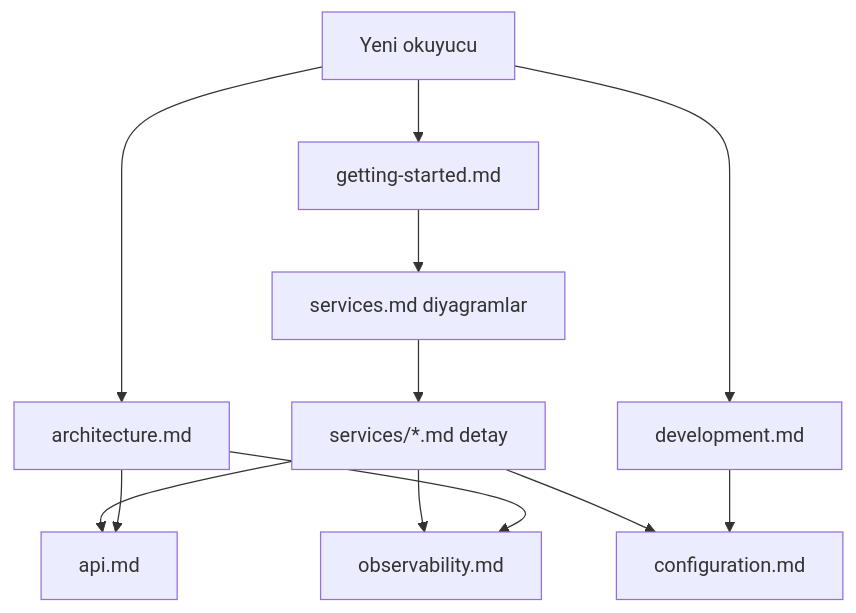
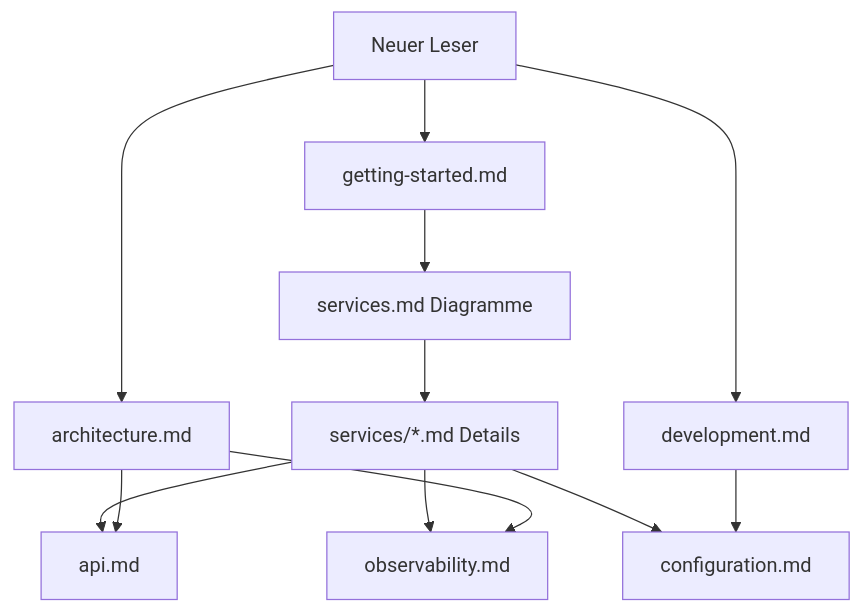
One commit to TaridaG/Toyota-32Bit-Finance-Platform changed the diagram in docs/deutsch/README.md. Above: the diagram before and after it, drawn with Mermaid. The commit also changed other lines of this file and 28 other files, not shown here.

````diff
--- a/docs/deutsch/README.md
+++ b/docs/deutsch/README.md
@@ -7,19 +7,19 @@
 ```mermaid
 flowchart TB
-  START[Yeni okuyucu]
+  START[Neuer Leser]
 
   START --> GS[getting-started.md]
-  GS --> SVC[services.md diyagramlar]
-  SVC --> DET[services/*.md detay]
+  GS --> SVC[services.md Diagramme]
+  SVC --> DET[services/*.md Details]
 
   START --> ARCH[architecture.md]
   ARCH --> API[api.md]
   ARCH --> OBS[observability.md]
 
   START --> DEV[development.md]
   DEV --> CFG[configuration.md]
 
   DET --> API
   DET --> CFG
   DET --> OBS
 ```
````
